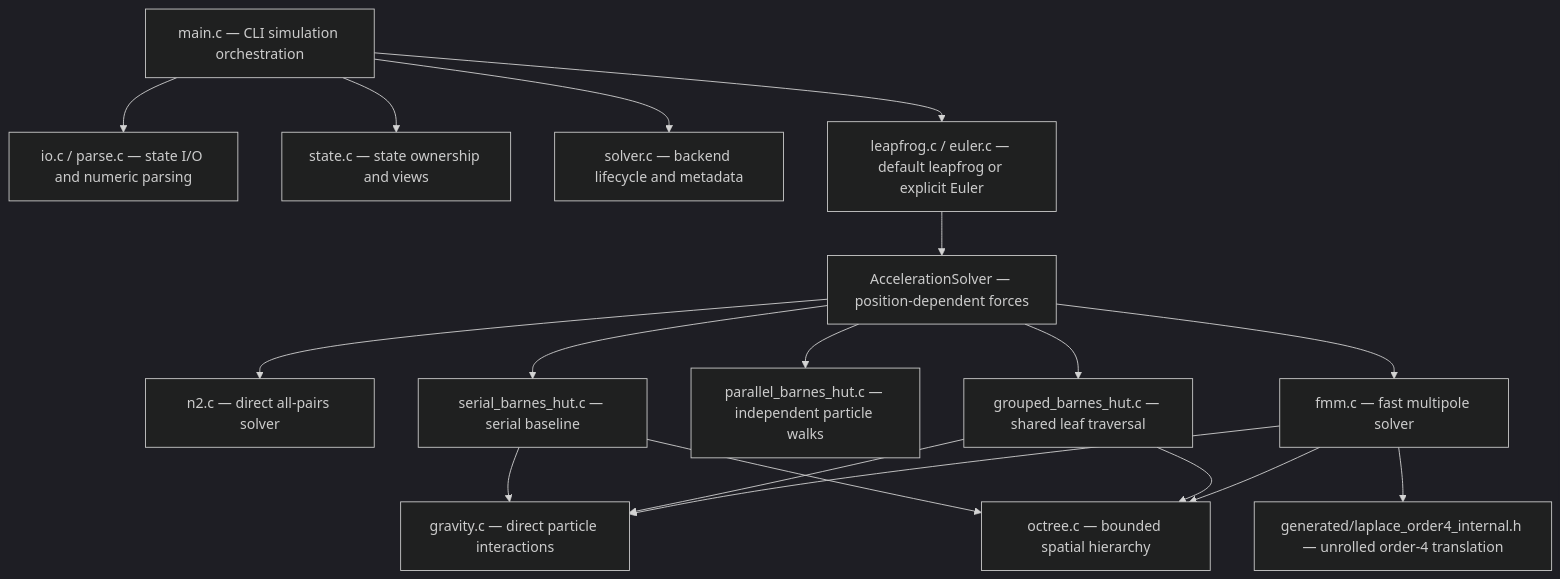
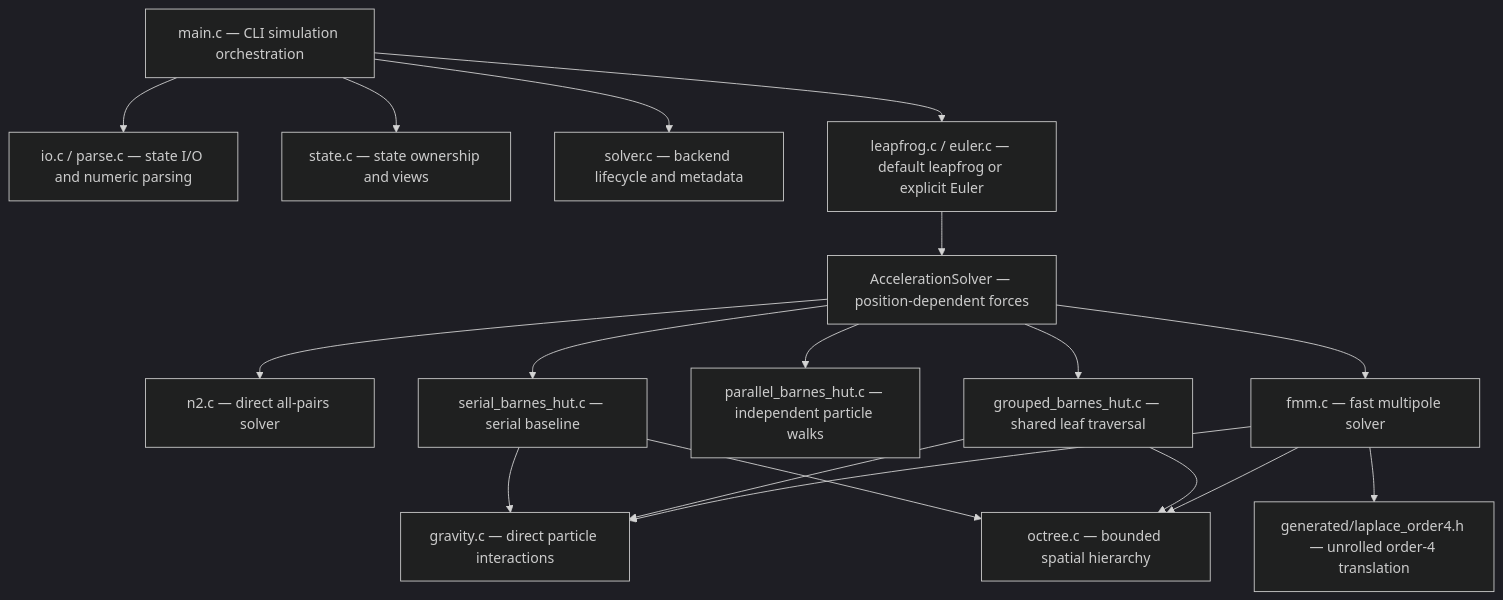
The diagram in docs/architecture.mmd (RyanTomich/NBodySim), drawn with Mermaid (dark theme) before and after one commit. The commit also changed 27 other files, not shown here.

```diff
--- a/docs/architecture.mmd
+++ b/docs/architecture.mmd
@@ -1,23 +1,23 @@
 flowchart TD
     M["main.c — CLI simulation orchestration"] --> IO["io.c / parse.c — state I/O and numeric parsing"]
     M --> S["state.c — state ownership and views"]
     M --> R["solver.c — backend lifecycle and metadata"]
     M --> E["leapfrog.c / euler.c — default leapfrog or explicit Euler"]
     E --> CB["AccelerationSolver — position-dependent forces"]
     CB --> N2["n2.c — direct all-pairs solver"]
     CB --> SB["serial_barnes_hut.c — serial baseline"]
     CB --> PB["parallel_barnes_hut.c — independent particle walks"]
     CB --> GB["grouped_barnes_hut.c — shared leaf traversal"]
     CB --> F["fmm.c — fast multipole solver"]
     SB --> G["gravity.c — direct particle interactions"]
     GB --> G
     F --> G
     SB --> O["octree.c — bounded spatial hierarchy"]
     GB --> O
     F --> O
-    F --> GEN["generated/laplace_order4_internal.h — unrolled order-4 translation"]
+    F --> GEN["generated/laplace_order4.h — unrolled order-4 translation"]
 
 %% Leapfrog refreshes initial acceleration. Euler starts with the supplied
 %% acceleration. Both evaluate forces once per step. Publish acceleration after
 %% a successful callback; return full-step velocities and final-position forces.
 %% Empty or zero-step calls preserve state and invoke no solver.
```
